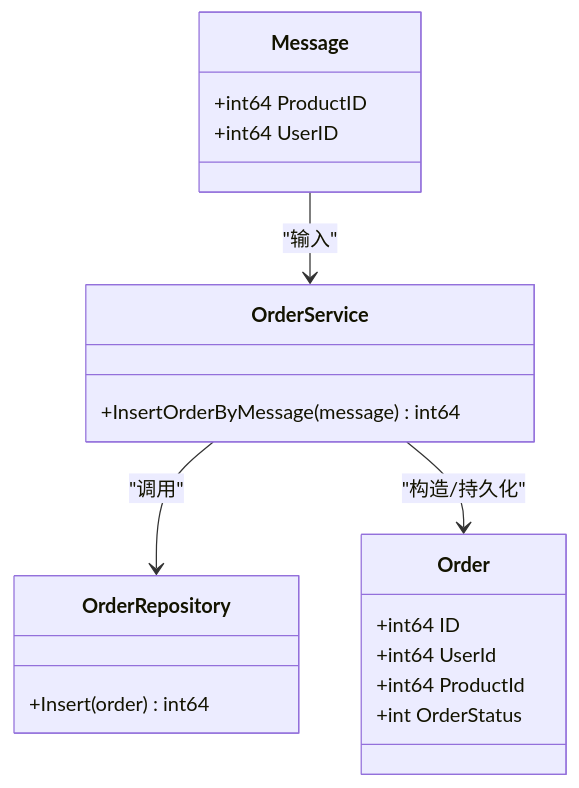
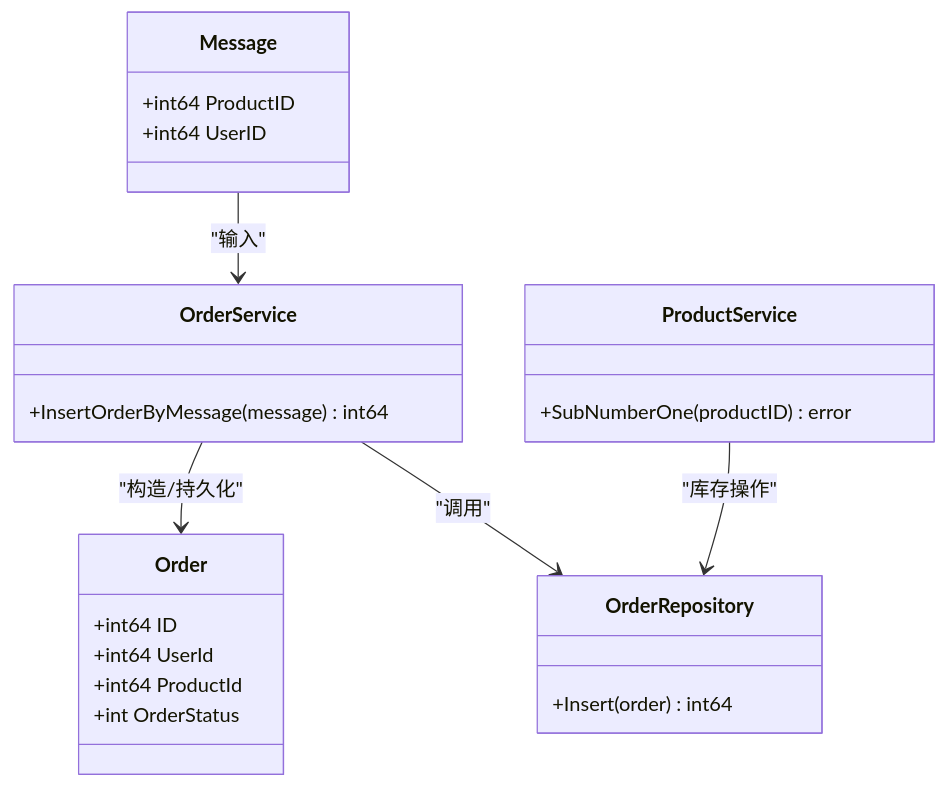
The fourth of 5 diagrams in .qoder/repowiki/zh/content/高并发处理.md (gbtdesign/e-commerce-t), drawn with Mermaid before and after one commit. The commit also changed other lines of this file and 53 other files, not shown here.

````diff
--- a/.qoder/repowiki/zh/content/高并发处理.md
+++ b/.qoder/repowiki/zh/content/高并发处理.md
@@ -154,22 +172,26 @@
 ```mermaid
 classDiagram
 class Message {
 +int64 ProductID
 +int64 UserID
 }
 class Order {
 +int64 ID
 +int64 UserId
 +int64 ProductId
 +int OrderStatus
 }
 class OrderService {
 +InsertOrderByMessage(message) int64
 }
+class ProductService {
++SubNumberOne(productID) error
+}
 class OrderRepository {
 +Insert(order) int64
 }
 OrderService --> OrderRepository : "调用"
 OrderService --> Order : "构造/持久化"
 Message --> OrderService : "输入"
+ProductService --> OrderRepository : "库存操作"
 ```
````
